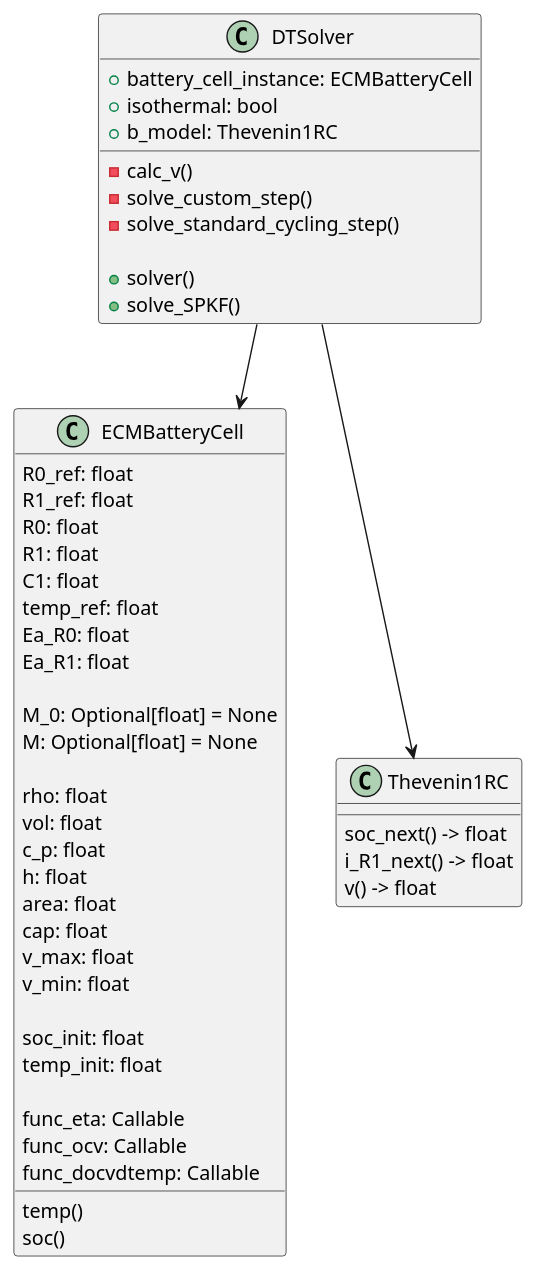
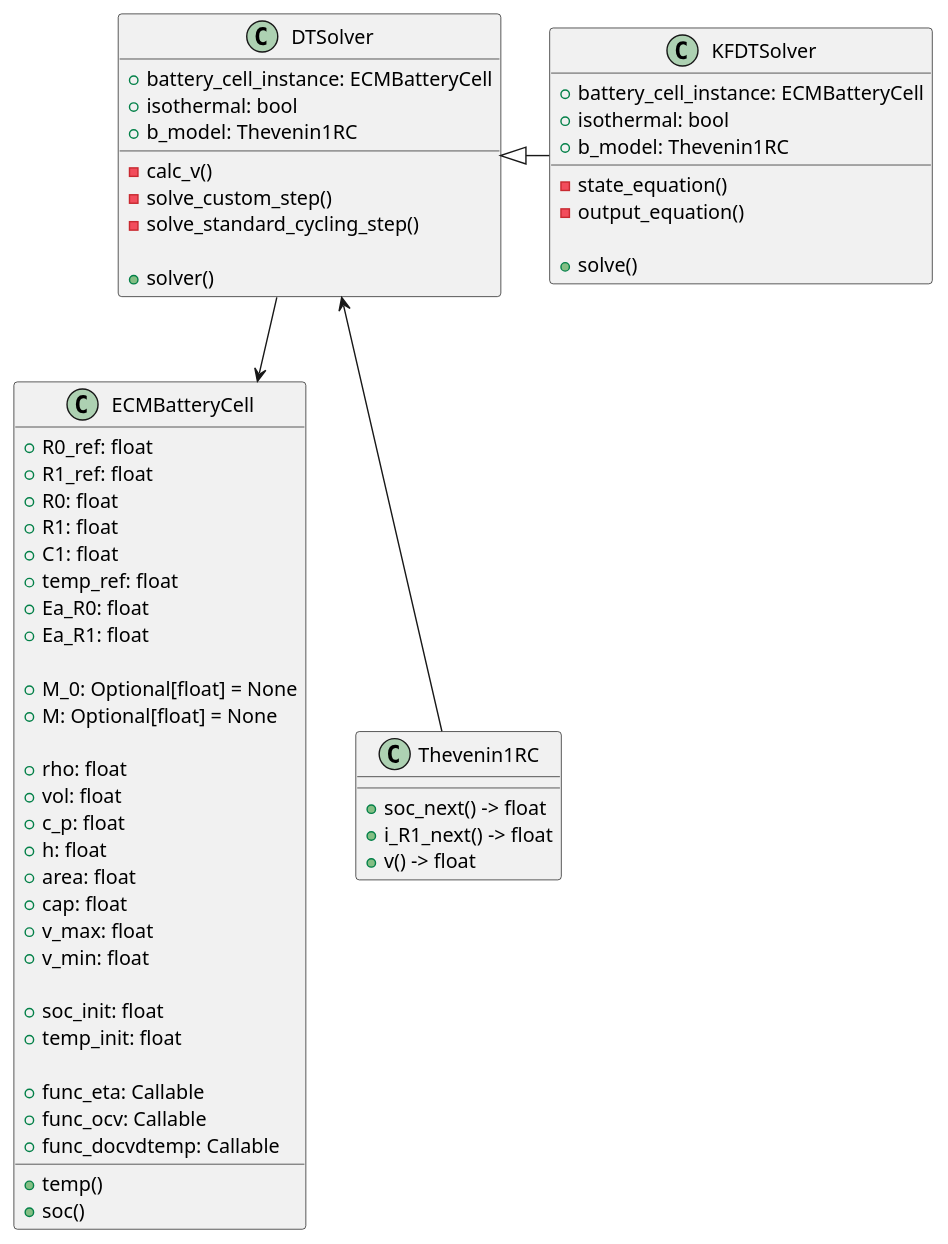
Before and after one commit to m0in92/SPPy: the diagram in docs/uml_class_diagrams/esc_equivalent_circuit_model_ESC_1RC.puml, drawn with PlantUML. The commit also changed 3 other files, not shown here.

Commit message:
updated the ECM's DTSolver architecture to include a dervied class for kalman filter

```diff
--- a/docs/uml_class_diagrams/esc_equivalent_circuit_model_ESC_1RC.puml
+++ b/docs/uml_class_diagrams/esc_equivalent_circuit_model_ESC_1RC.puml
@@ -1,61 +1,74 @@
 @startuml
 
 DTSolver --> ECMBatteryCell
-DTSolver --> Thevenin1RC
-
+DTSolver <-- Thevenin1RC
+DTSolver <|- KFDTSolver
 
 class ECMBatteryCell {
-R0_ref: float
-R1_ref: float
-R0: float
-R1: float
-C1: float
-temp_ref: float
-Ea_R0: float
-Ea_R1: float
++ R0_ref: float
++ R1_ref: float
++ R0: float
++ R1: float
++ C1: float
++ temp_ref: float
++ Ea_R0: float
++ Ea_R1: float
 
-M_0: Optional[float] = None
-M: Optional[float] = None
++ M_0: Optional[float] = None
++ M: Optional[float] = None
 
-rho: float
-vol: float
-c_p: float
-h: float
-area: float
-cap: float
-v_max: float
-v_min: float
++ rho: float
++ vol: float
++ c_p: float
++ h: float
++ area: float
++ cap: float
++ v_max: float
++ v_min: float
 
-soc_init: float
-temp_init: float
++ soc_init: float
++ temp_init: float
 
-func_eta: Callable
-func_ocv: Callable
-func_docvdtemp: Callable
++ func_eta: Callable
++ func_ocv: Callable
++ func_docvdtemp: Callable
 
-temp()
-soc()
++ temp()
++ soc()
 }
 
 
-class Thevenin1RC {
-soc_next() -> float
-i_R1_next() -> float
-v() -> float
+class Thevenin1RC
+{
++ soc_next() -> float
++ i_R1_next() -> float
++ v() -> float
 }
 
 
-class DTSolver {
+class DTSolver
+{
 + battery_cell_instance: ECMBatteryCell
 + isothermal: bool
 + b_model: Thevenin1RC
 
 - calc_v()
 - solve_custom_step()
 - solve_standard_cycling_step()
 
 + solver()
-+ solve_SPKF()
+}
+
+class KFDTSolver
+{
++ battery_cell_instance: ECMBatteryCell
++ isothermal: bool
++ b_model: Thevenin1RC
+
+- state_equation()
+- output_equation()
+
++ solve()
 }
 
 @enduml
```
